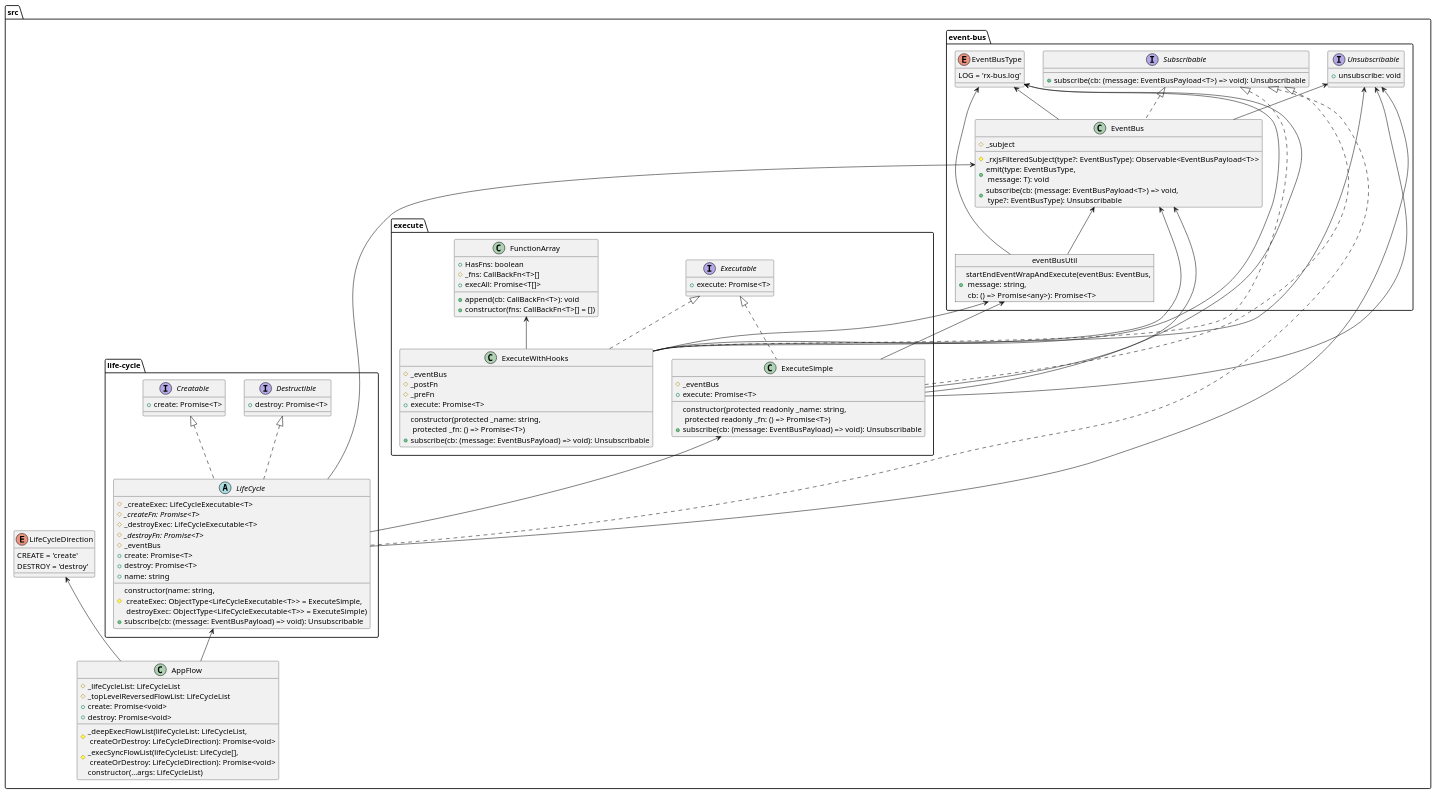
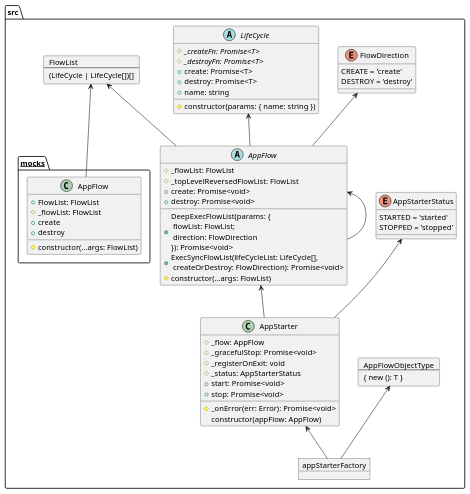
Before and after one commit to beecode-rs/msh-node-app: the diagram in resource/doc/vision/vision.puml, drawn with PlantUML. The commit also changed 149 other files, not shown here.

```diff
--- a/resource/doc/vision/vision.puml
+++ b/resource/doc/vision/vision.puml
@@ -1,109 +1,69 @@
 @startuml
     folder "src" as src_b874d07 {
-      enum "LifeCycleDirection" as life_cycle_direction_d6caefff {
+      card flow_list_d6caefff [
+        FlowList
+        ---
+        (LifeCycle | LifeCycle[])[]
+      ]
+      enum "FlowDirection" as flow_direction_d6caefff {
         CREATE = 'create'
         DESTROY = 'destroy'
       }
-      class "AppFlow" as app_flow_d6caefff {
-        # _deepExecFlowList(lifeCycleList: LifeCycleList,\n createOrDestroy: LifeCycleDirection): Promise<void>
-        # _execSyncFlowList(lifeCycleList: LifeCycle[],\n createOrDestroy: LifeCycleDirection): Promise<void>
-        # _lifeCycleList: LifeCycleList
-        # _topLevelReversedFlowList: LifeCycleList
-        constructor(...args: LifeCycleList)
+      abstract "AppFlow" as app_flow_d6caefff {
+        + DeepExecFlowList(params: {\n flowList: FlowList;\n direction: FlowDirection \n}): Promise<void>
+        + ExecSyncFlowList(lifeCycleList: LifeCycle[],\n createOrDestroy: FlowDirection): Promise<void>
+        # _flowList: FlowList
+        # _topLevelReversedFlowList: FlowList
+        # constructor(...args: FlowList)
         + create: Promise<void>
         + destroy: Promise<void>
       }
-      folder "event-bus" as event_bus_b179faad {
-        enum "EventBusType" as event_bus_type_e4eda33b {
-          LOG = 'rx-bus.log'
-        }
-        object "eventBusUtil" as event_bus_util_55c275a7 {
-          + startEndEventWrapAndExecute(eventBus: EventBus,\n message: string,\n cb: () => Promise<any>): Promise<T>
-        }
-        class "EventBus" as event_bus_2346de6e {
-          # _rxjsFilteredSubject(type?: EventBusType): Observable<EventBusPayload<T>>
-          # _subject
-          + emit(type: EventBusType,\n message: T): void
-          + subscribe(cb: (message: EventBusPayload<T>) => void,\n type?: EventBusType): Unsubscribable
-        }
-        interface "Subscribable" as subscribable_33c09d2c {
-          + subscribe(cb: (message: EventBusPayload<T>) => void): Unsubscribable
-        }
-        interface "Unsubscribable" as unsubscribable_53831e77 {
-          + unsubscribe: void
-        }
+      enum "AppStarterStatus" as app_starter_status_e965a85a {
+        STARTED = 'started'
+        STOPPED = 'stopped'
       }
-      folder "execute" as execute_6909d7 {
-        interface "Executable" as executable_94895fe1 {
-          + execute: Promise<T>
-        }
-        class "ExecuteSimple" as execute_simple_ea430bad {
-          # _eventBus
-          constructor(protected readonly _name: string,\n protected readonly _fn: () => Promise<T>)
-          + execute: Promise<T>
-          + subscribe(cb: (message: EventBusPayload) => void): Unsubscribable
-        }
-        class "ExecuteWithHooks" as execute_with_hooks_fa3c885c {
-          # _eventBus
-          # _postFn
-          # _preFn
-          constructor(protected _name: string,\n protected _fn: () => Promise<T>)
-          + execute: Promise<T>
-          + subscribe(cb: (message: EventBusPayload) => void): Unsubscribable
-        }
-        class "FunctionArray" as function_array_b669ac47 {
-          + HasFns: boolean
-          # _fns: CallBackFn<T>[]
-          + append(cb: CallBackFn<T>): void
-          + constructor(fns: CallBackFn<T>[] = [])
-          + execAll: Promise<T[]>
-        }
+      card app_flow_object_type_e965a85a [
+        AppFlowObjectType
+        ---
+        { new (): T }
+      ]
+      class "AppStarter" as app_starter_e965a85a {
+        # _flow: AppFlow
+        # _gracefulStop: Promise<void>
+        # _onError(err: Error): Promise<void>
+        # _registerOnExit: void
+        # _status: AppStarterStatus
+        constructor(appFlow: AppFlow)
+        + start: Promise<void>
+        + stop: Promise<void>
       }
-      folder "life-cycle" as life_cycle_3f5aa653 {
-        interface "Creatable" as creatable_6eee977e {
-          + create: Promise<T>
-        }
-        interface "Destructible" as destructible_14789501 {
-          + destroy: Promise<T>
-        }
-        abstract "LifeCycle" as life_cycle_ee3c432e {
-          # _createExec: LifeCycleExecutable<T>
-          # {abstract} _createFn: Promise<T>
-          # _destroyExec: LifeCycleExecutable<T>
-          # {abstract} _destroyFn: Promise<T>
-          # _eventBus
-          # constructor(name: string,\n createExec: ObjectType<LifeCycleExecutable<T>> = ExecuteSimple,\n destroyExec: ObjectType<LifeCycleExecutable<T>> = ExecuteSimple)
-          + create: Promise<T>
-          + destroy: Promise<T>
-          + name: string
-          + subscribe(cb: (message: EventBusPayload) => void): Unsubscribable
+      object "appStarterFactory" as app_starter_factory_e965a85a {
+      }
+      abstract "LifeCycle" as life_cycle_2ee6f65a {
+        # {abstract} _createFn: Promise<T>
+        # {abstract} _destroyFn: Promise<T>
+        # constructor(params: { name: string })
+        + create: Promise<T>
+        + destroy: Promise<T>
+        + name: string
+      }
+      folder "__mocks__" as mocks_c1f08231 {
+        class "AppFlow" as app_flow_10177909 {
+          + FlowList: FlowList
+          # _flowList: FlowList
+          # constructor(...args: FlowList)
+          + create
+          + destroy
         }
       }
     }
-  app_flow_d6caefff -up-> life_cycle_ee3c432e
-  app_flow_d6caefff -up-> life_cycle_direction_d6caefff
-  event_bus_util_55c275a7 -up-> event_bus_2346de6e
-  event_bus_util_55c275a7 -up-> event_bus_type_e4eda33b
-  event_bus_2346de6e -up-> event_bus_type_e4eda33b
-  event_bus_2346de6e -up-> unsubscribable_53831e77
-  event_bus_2346de6e .up.|> subscribable_33c09d2c
-  execute_simple_ea430bad -up-> event_bus_2346de6e
-  execute_simple_ea430bad -up-> event_bus_type_e4eda33b
-  execute_simple_ea430bad -up-> event_bus_util_55c275a7
-  execute_simple_ea430bad -up-> unsubscribable_53831e77
-  execute_simple_ea430bad .up.|> executable_94895fe1
-  execute_simple_ea430bad .up.|> subscribable_33c09d2c
-  execute_with_hooks_fa3c885c -up-> event_bus_2346de6e
-  execute_with_hooks_fa3c885c -up-> event_bus_type_e4eda33b
-  execute_with_hooks_fa3c885c -up-> event_bus_util_55c275a7
-  execute_with_hooks_fa3c885c -up-> unsubscribable_53831e77
-  execute_with_hooks_fa3c885c -up-> function_array_b669ac47
-  execute_with_hooks_fa3c885c .up.|> executable_94895fe1
-  execute_with_hooks_fa3c885c .up.|> subscribable_33c09d2c
-  life_cycle_ee3c432e -up-> event_bus_2346de6e
-  life_cycle_ee3c432e -up-> unsubscribable_53831e77
-  life_cycle_ee3c432e -up-> execute_simple_ea430bad
-  life_cycle_ee3c432e .up.|> destructible_14789501
-  life_cycle_ee3c432e .up.|> creatable_6eee977e
-  life_cycle_ee3c432e .up.|> subscribable_33c09d2c
+  app_flow_10177909 -up-> flow_list_d6caefff
+  app_flow_d6caefff -up-> life_cycle_2ee6f65a
+  app_flow_d6caefff -up-> flow_list_d6caefff
+  app_flow_d6caefff -up-> flow_direction_d6caefff
+  app_flow_d6caefff -up-> app_flow_d6caefff
+  app_starter_e965a85a -up-> app_flow_d6caefff
+  app_starter_e965a85a -up-> app_starter_status_e965a85a
+  app_starter_factory_e965a85a -up-> app_flow_object_type_e965a85a
+  app_starter_factory_e965a85a -up-> app_starter_e965a85a
 @enduml
```
